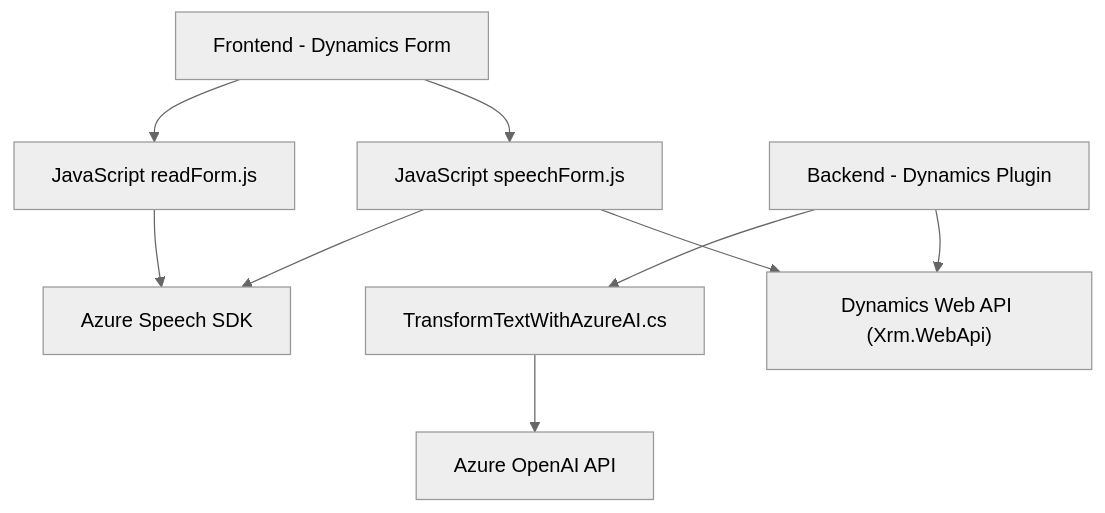
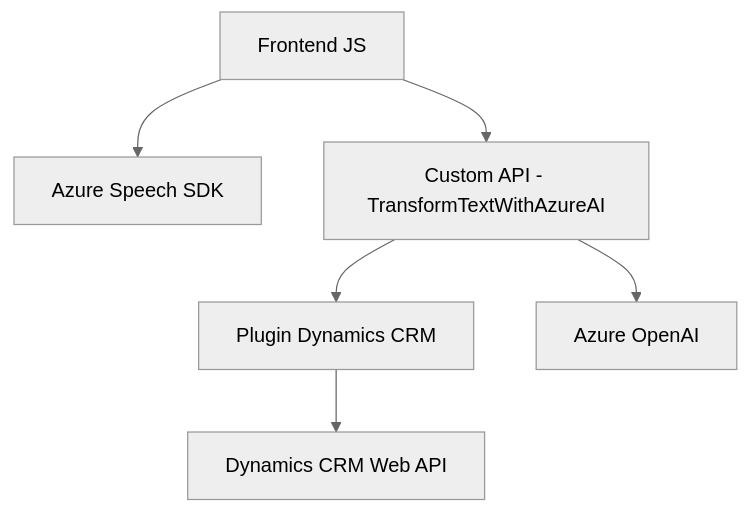
One commit to blopezdm/NETCORE_BILBAO2025 changed the diagram in README.md. Above: the diagram before and after it, drawn with Mermaid (neutral theme). The commit also changed other lines of this file, not shown here.

````diff
--- a/README.md
+++ b/README.md
@@ -39,20 +23,8 @@
 ```mermaid
 graph TD
-    A["Frontend - Dynamics Form"]
-    B["JavaScript readForm.js"]
-    C["JavaScript speechForm.js"]
-    D["Azure Speech SDK"]
-    E["Backend - Dynamics Plugin"]
-    F["TransformTextWithAzureAI.cs"]
-    G["Azure OpenAI API"]
-    H["Dynamics Web API (Xrm.WebApi)"]
-
-    A --> B
-    A --> C
-    C --> D
-    B --> D
-    E --> F
-    F --> G
-    C --> H
-    E --> H
+  A["Frontend JS"] --> B["Azure Speech SDK"]
+  A --> C["Custom API - TransformTextWithAzureAI"]
+  C --> D["Plugin Dynamics CRM"]
+  C --> E["Azure OpenAI"]
+  D --> F["Dynamics CRM Web API"]
 ```
````
